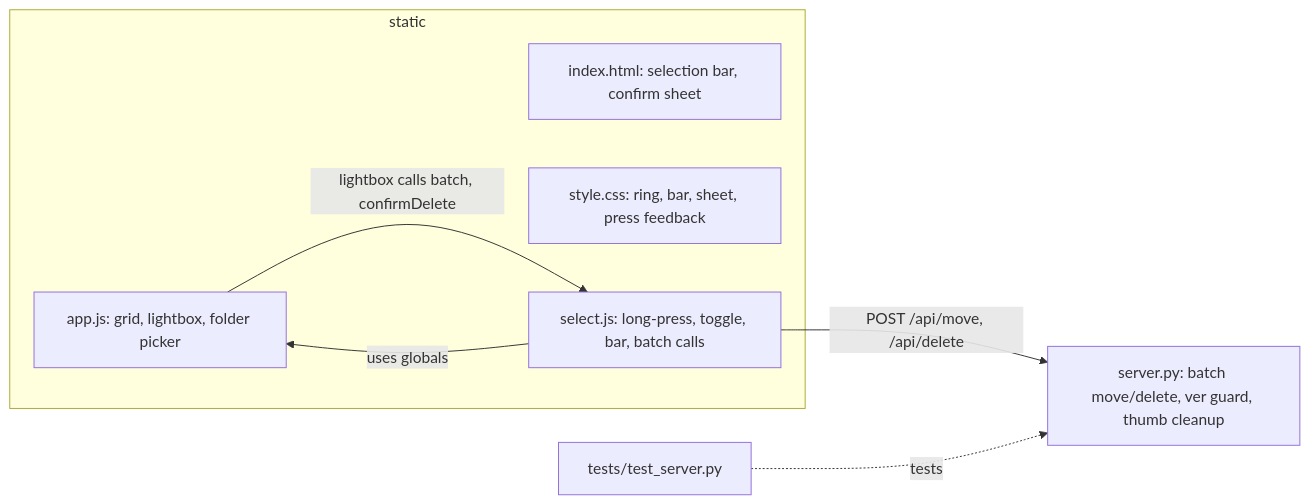
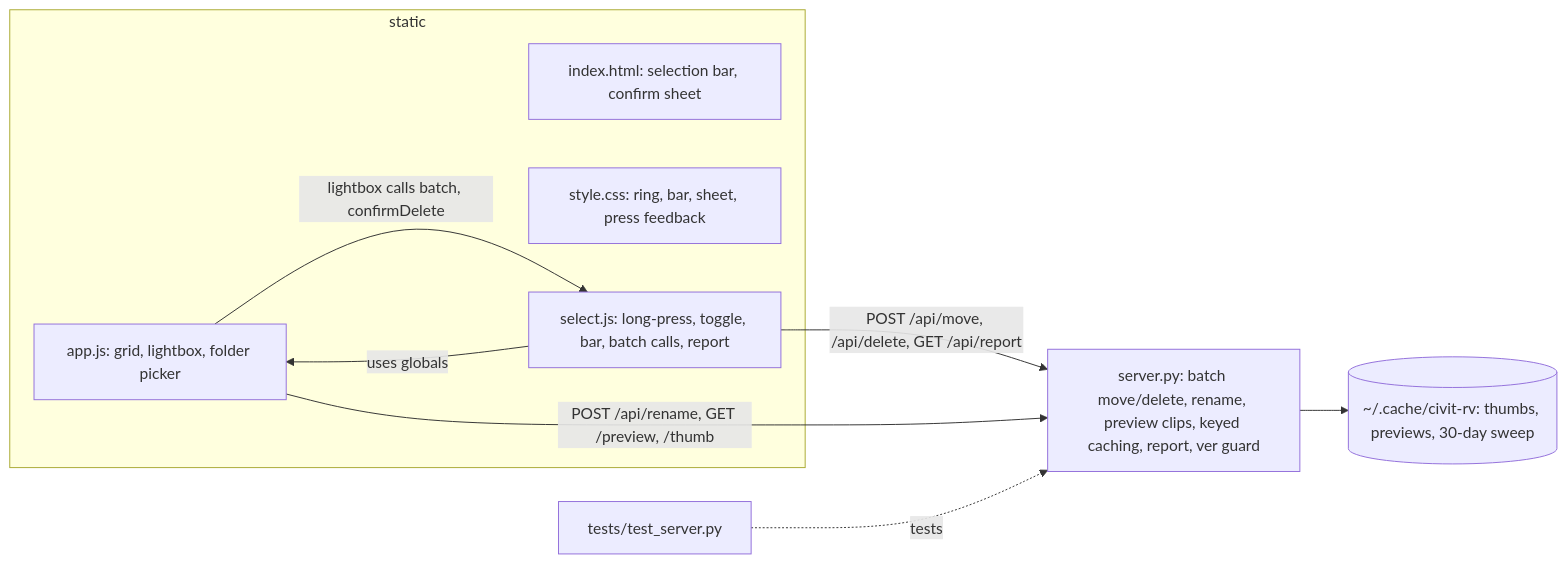
The second of 2 diagrams in SESSION.md (rafavcc/app-civitai), drawn with Mermaid before and after one commit. The commit also changed other lines of this file and 1 other file, not shown here.

Commit message:
docs: speed and UX changes with mermaid diagrams

````diff
--- a/SESSION.md
+++ b/SESSION.md
@@ -45,15 +49,18 @@
 ```mermaid
 flowchart LR
     subgraph static
       H["index.html: selection bar, confirm sheet"]
       C["style.css: ring, bar, sheet, press feedback"]
       A["app.js: grid, lightbox, folder picker"]
-      N["select.js: long-press, toggle, bar, batch calls"]
+      N["select.js: long-press, toggle, bar, batch calls, report"]
     end
-    P["server.py: batch move/delete, ver guard, thumb cleanup"]
+    P["server.py: batch move/delete, rename, preview clips, keyed caching, report, ver guard"]
+    K[("~/.cache/civit-rv: thumbs, previews, 30-day sweep")]
     T["tests/test_server.py"]
     N -->|uses globals| A
     A -->|lightbox calls batch, confirmDelete| N
-    N -->|POST /api/move, /api/delete| P
+    N -->|POST /api/move, /api/delete, GET /api/report| P
+    A -->|POST /api/rename, GET /preview, /thumb| P
+    P --> K
     T -.->|tests| P
 ```
````
